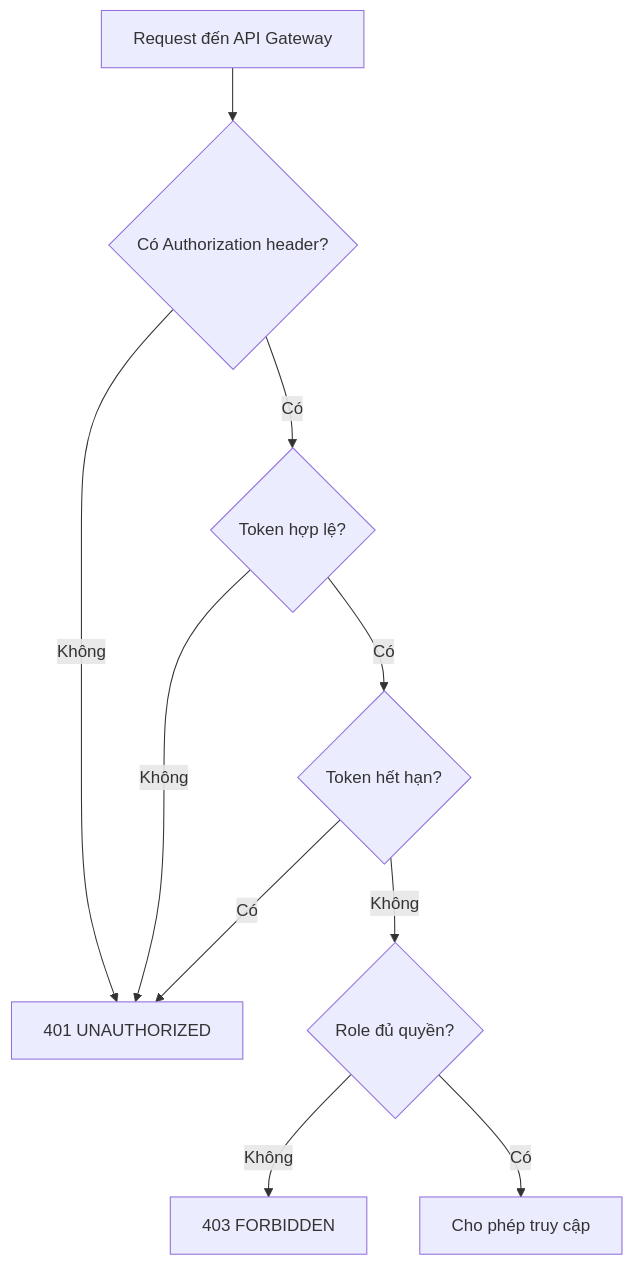
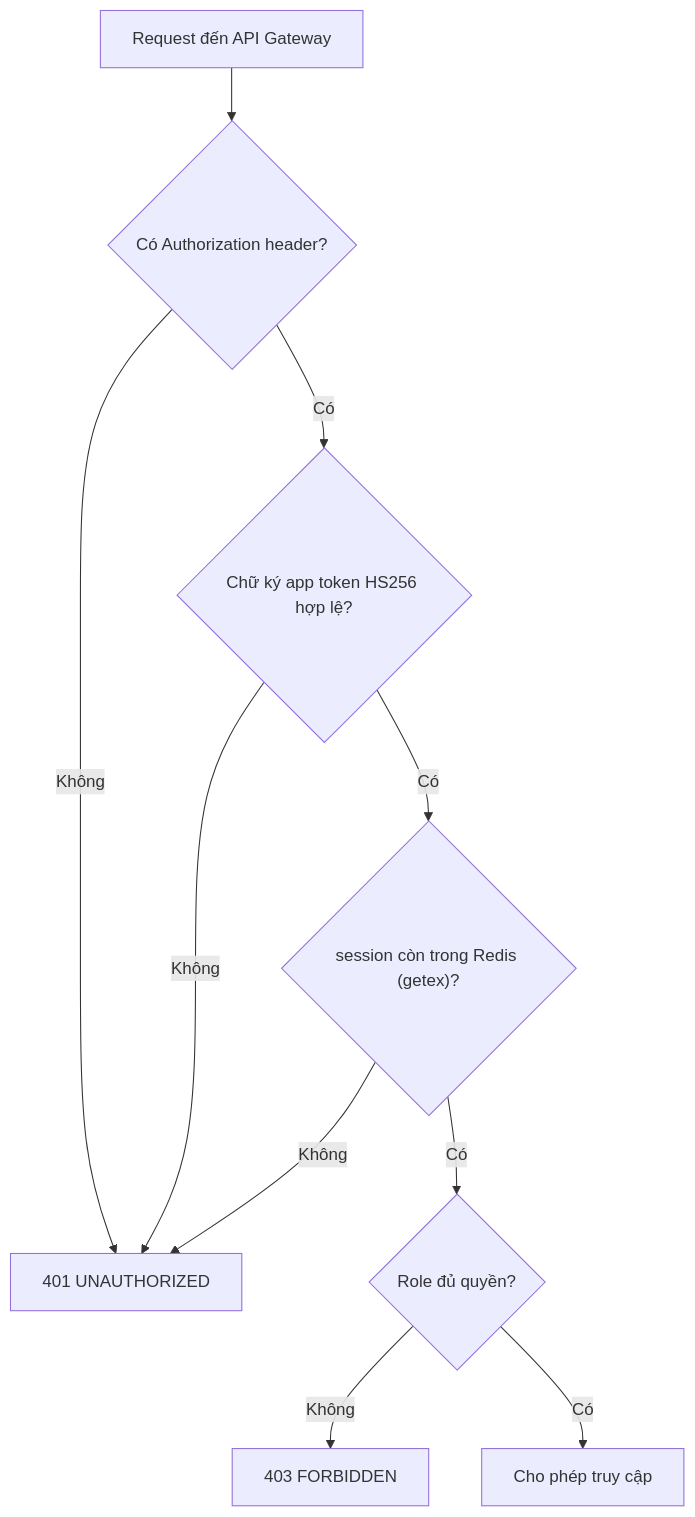
One commit to ndmthuan97/ERP-Prototype-Example changed the second of 2 diagrams in docs/api/auth-endpoints.md. Above: the diagram before and after it, drawn with Mermaid. The commit also changed other lines of this file and 200 other files, not shown here.

````diff
--- a/docs/api/auth-endpoints.md
+++ b/docs/api/auth-endpoints.md
@@ -404,12 +333,12 @@
 ```mermaid
 flowchart TD
     A["Request đến API Gateway"] --> B{"Có Authorization header?"}
     B -- Không --> C["401 UNAUTHORIZED"]
-    B -- Có --> D{"Token hợp lệ?"}
+    B -- Có --> D{"Chữ ký app token HS256 hợp lệ?"}
     D -- Không --> C
-    D -- Có --> E{"Token hết hạn?"}
-    E -- Có --> C
-    E -- Không --> F{"Role đủ quyền?"}
+    D -- Có --> E{"session còn trong Redis (getex)?"}
+    E -- Không --> C
+    E -- Có --> F{"Role đủ quyền?"}
     F -- Không --> G["403 FORBIDDEN"]
     F -- Có --> H["Cho phép truy cập"]
 ```
````
